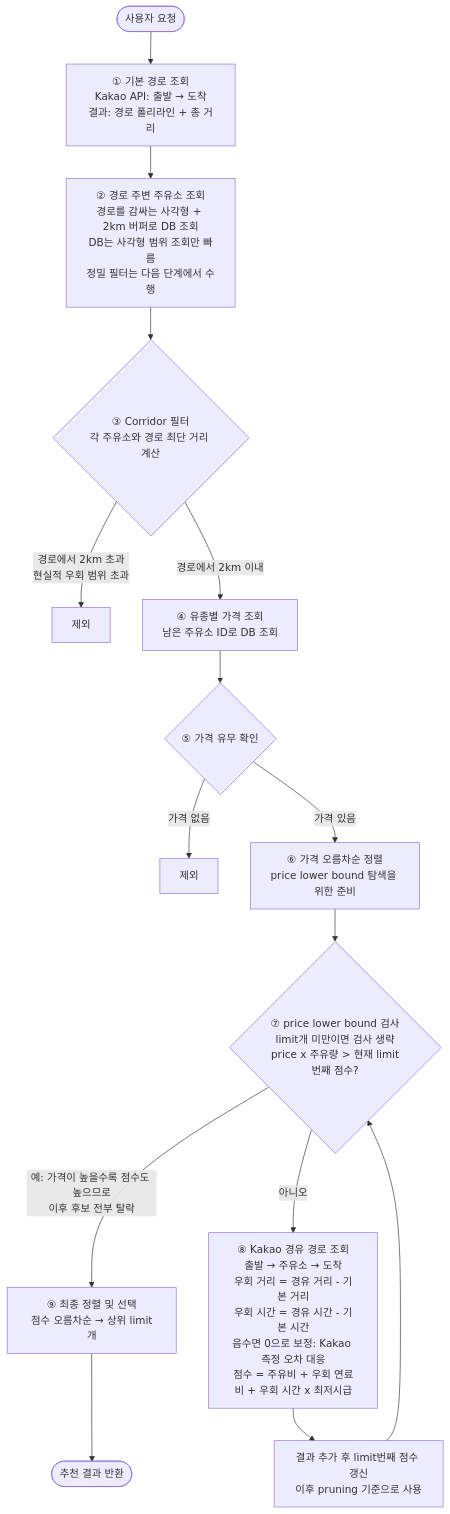
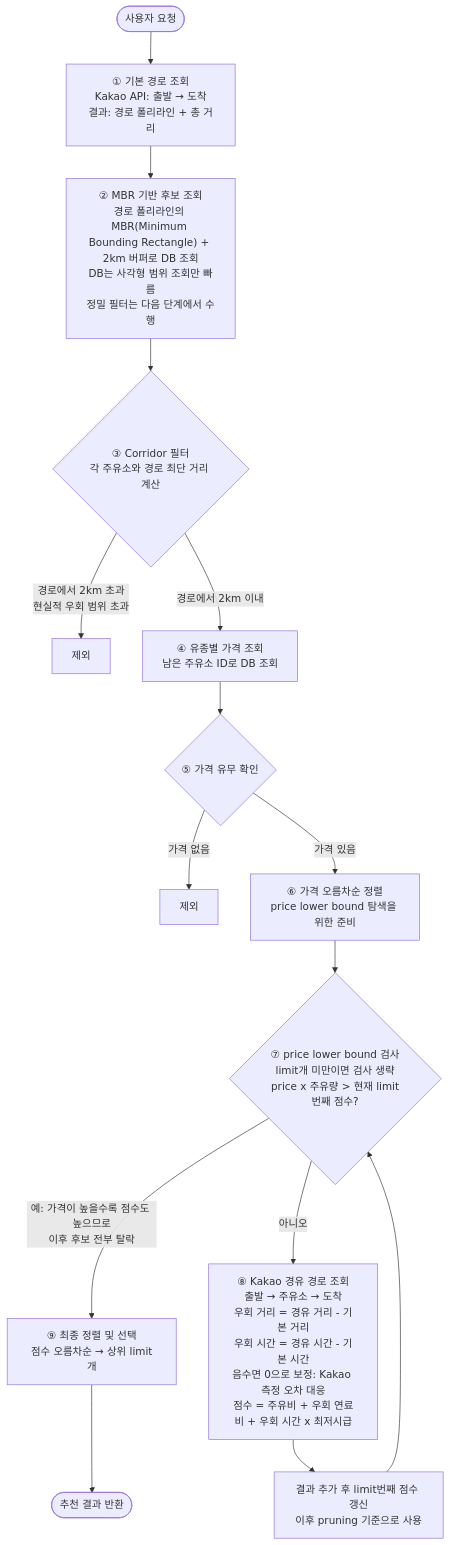
The fourth of 4 diagrams in docs/recommendation-flow.md (m-a-king/location-based-gas-station-recommendation), drawn with Mermaid before and after one commit. The commit also changed other lines of this file, not shown here.

First line of the commit message:
docs: 경로 기반 추천 플로우에 MBR 용어 추가

````diff
--- a/docs/recommendation-flow.md
+++ b/docs/recommendation-flow.md
@@ -137,35 +137,35 @@
 ```mermaid
 flowchart TD
     A([사용자 요청]) --> B
 
     B["① 기본 경로 조회<br/>Kakao API: 출발 → 도착<br/>결과: 경로 폴리라인 + 총 거리"]
     B --> C
 
-    C["② 경로 주변 주유소 조회<br/>경로를 감싸는 사각형 + 2km 버퍼로 DB 조회<br/>DB는 사각형 범위 조회만 빠름<br/>정밀 필터는 다음 단계에서 수행"]
+    C["② MBR 기반 후보 조회<br/>경로 폴리라인의 MBR(Minimum Bounding Rectangle) + 2km 버퍼로 DB 조회<br/>DB는 사각형 범위 조회만 빠름<br/>정밀 필터는 다음 단계에서 수행"]
     C --> D
 
     D{"③ Corridor 필터<br/>각 주유소와 경로 최단 거리 계산"}
     D -->|경로에서 2km 초과<br/>현실적 우회 범위 초과| DISC1[제외]
     D -->|경로에서 2km 이내| E
 
     E["④ 유종별 가격 조회<br/>남은 주유소 ID로 DB 조회"]
     E --> F
 
     F{"⑤ 가격 유무 확인"}
     F -->|가격 없음| DISC2[제외]
     F -->|가격 있음| G
 
     G["⑥ 가격 오름차순 정렬<br/>price lower bound 탐색을 위한 준비"]
     G --> H
 
     H{"⑦ price lower bound 검사<br/>limit개 미만이면 검사 생략<br/>price x 주유량 > 현재 limit번째 점수?"}
     H -->|예: 가격이 높을수록 점수도 높으므로<br/>이후 후보 전부 탈락| J
     H -->|아니오| I
 
     I["⑧ Kakao 경유 경로 조회<br/>출발 → 주유소 → 도착<br/>우회 거리 = 경유 거리 - 기본 거리<br/>우회 시간 = 경유 시간 - 기본 시간<br/>음수면 0으로 보정: Kakao 측정 오차 대응<br/>점수 = 주유비 + 우회 연료비 + 우회 시간 x 최저시급"]
     I --> H2["결과 추가 후 limit번째 점수 갱신<br/>이후 pruning 기준으로 사용"]
     H2 --> H
 
     J["⑨ 최종 정렬 및 선택<br/>점수 오름차순 → 상위 limit개"]
     J --> K([추천 결과 반환])
 ```
````
